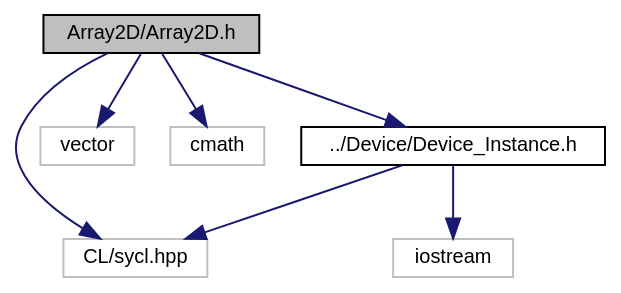
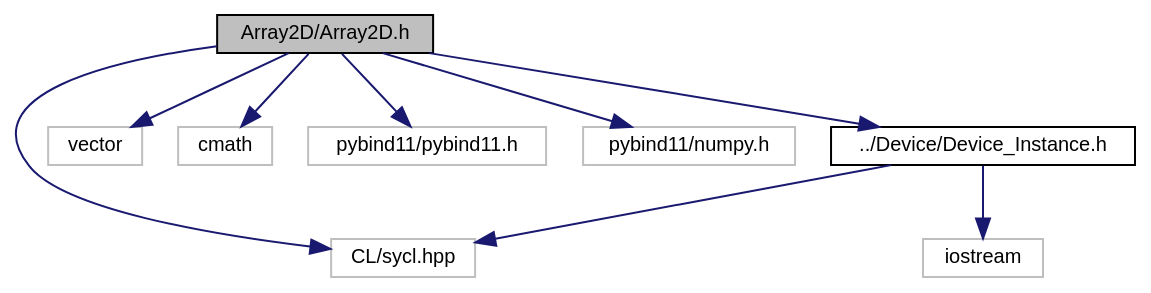
Before and after one commit to OsmanAEG/PySYCL: the diagram in docs/PySYCL_doxygen_html/_array2_d_8h__incl.dot, drawn with Graphviz. The commit also changed 147 other files, not shown here.

```diff
--- a/docs/PySYCL_doxygen_html/_array2_d_8h__incl.dot
+++ b/docs/PySYCL_doxygen_html/_array2_d_8h__incl.dot
@@ -1,20 +1,24 @@
 digraph "Array2D/Array2D.h"
 {
  // INTERACTIVE_SVG=YES
  // LATEX_PDF_SIZE
   bgcolor="transparent";
   edge [fontname="Helvetica",fontsize="10",labelfontname="Helvetica",labelfontsize="10"];
   node [fontname="Helvetica",fontsize="10",shape=record];
-  Node1 [label="Array2D/Array2D.h",height=0.2,width=0.4,color="black", fillcolor="grey75", style="filled", fontcolor="black",tooltip="Array2D in PySYCL. This is the shared version of the Array2D class. It is used when the user wants to..."];
+  Node1 [label="Array2D/Array2D.h",height=0.2,width=0.4,color="black", fillcolor="grey75", style="filled", fontcolor="black",tooltip="Array2D in PySYCL."];
   Node1 -> Node2 [color="midnightblue",fontsize="10",style="solid",fontname="Helvetica"];
   Node2 [label="CL/sycl.hpp",height=0.2,width=0.4,color="grey75",tooltip=" "];
   Node1 -> Node3 [color="midnightblue",fontsize="10",style="solid",fontname="Helvetica"];
   Node3 [label="vector",height=0.2,width=0.4,color="grey75",tooltip=" "];
   Node1 -> Node4 [color="midnightblue",fontsize="10",style="solid",fontname="Helvetica"];
   Node4 [label="cmath",height=0.2,width=0.4,color="grey75",tooltip=" "];
   Node1 -> Node5 [color="midnightblue",fontsize="10",style="solid",fontname="Helvetica"];
-  Node5 [label="../Device/Device_Instance.h",height=0.2,width=0.4,color="black",URL="$_device___instance_8h.html",tooltip="Device instance for device selection in PySYCL."];
-  Node5 -> Node6 [color="midnightblue",fontsize="10",style="solid",fontname="Helvetica"];
-  Node6 [label="iostream",height=0.2,width=0.4,color="grey75",tooltip=" "];
-  Node5 -> Node2 [color="midnightblue",fontsize="10",style="solid",fontname="Helvetica"];
+  Node5 [label="pybind11/pybind11.h",height=0.2,width=0.4,color="grey75",tooltip=" "];
+  Node1 -> Node6 [color="midnightblue",fontsize="10",style="solid",fontname="Helvetica"];
+  Node6 [label="pybind11/numpy.h",height=0.2,width=0.4,color="grey75",tooltip=" "];
+  Node1 -> Node7 [color="midnightblue",fontsize="10",style="solid",fontname="Helvetica"];
+  Node7 [label="../Device/Device_Instance.h",height=0.2,width=0.4,color="black",URL="$_device___instance_8h.html",tooltip="Device instance for device selection in PySYCL."];
+  Node7 -> Node8 [color="midnightblue",fontsize="10",style="solid",fontname="Helvetica"];
+  Node8 [label="iostream",height=0.2,width=0.4,color="grey75",tooltip=" "];
+  Node7 -> Node2 [color="midnightblue",fontsize="10",style="solid",fontname="Helvetica"];
 }
```
